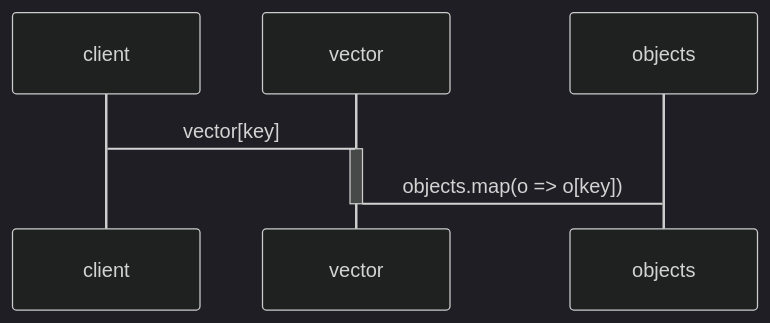
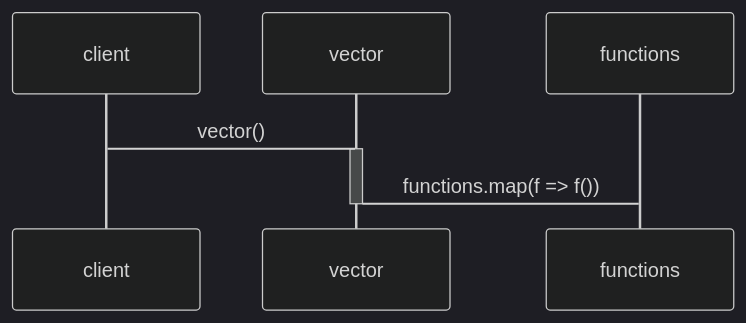
The first of 4 diagrams in README.md (domrally/peekeasy), drawn with Mermaid (dark theme) before and after one commit. The commit also changed other lines of this file, not shown here.

````diff
--- a/README.md
+++ b/README.md
@@ -174,7 +47,7 @@
 ```mermaid
 sequenceDiagram
-    client->vector: vector[key]
+    client->vector: vector()
     activate vector
-    vector->objects: objects.map(o => o[key])
+    vector->functions: functions.map(f => f())
     deactivate vector
 ```
````
